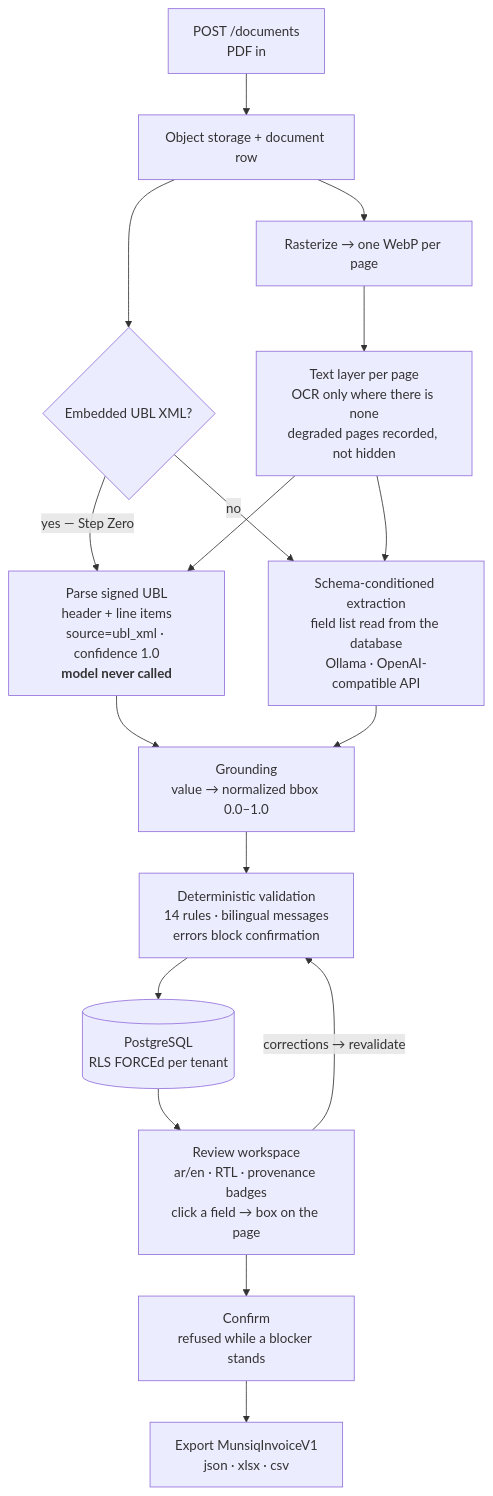
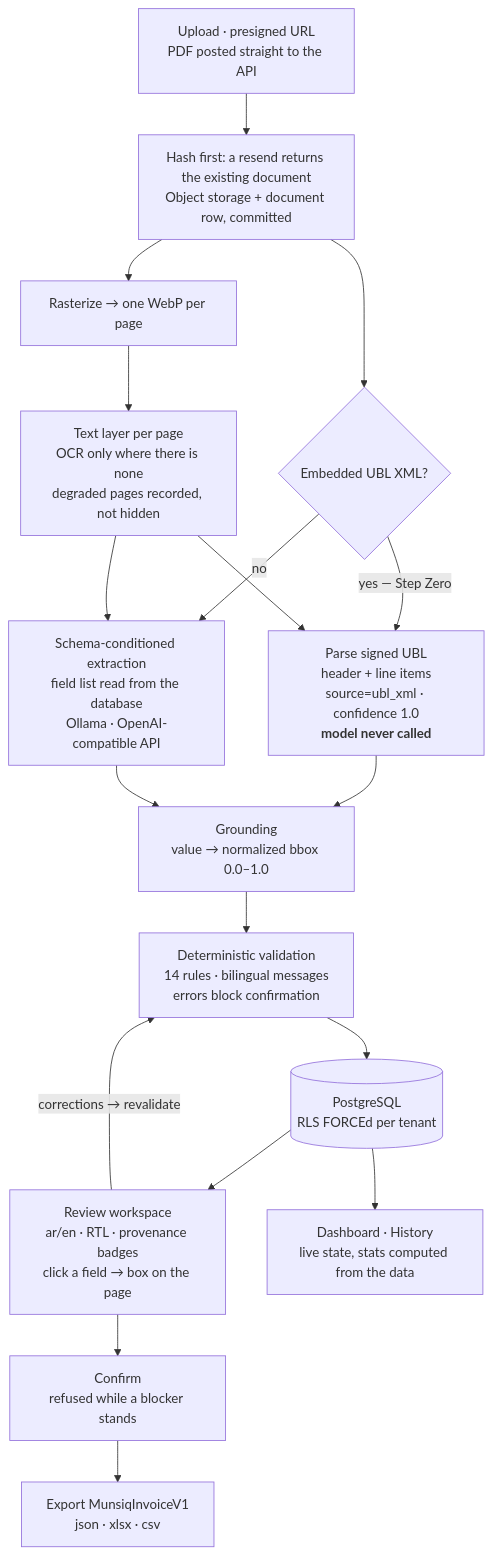
One commit to MuathDs/munsiq changed the diagram in README.md. Above: the diagram before and after it, drawn with Mermaid. The commit also changed other lines of this file, not shown here.

First line of the commit message:
docs(readme): the dashboard, the final suite number, and an audit of every figure

````diff
--- a/README.md
+++ b/README.md
@@ -36,19 +36,20 @@
 ```mermaid
 flowchart TD
-    A["POST /documents<br/>PDF in"] --> B["Object storage + document row"]
+    A["Upload · presigned URL<br/>PDF posted straight to the API"] --> B["Hash first: a resend returns the existing document<br/>Object storage + document row, committed"]
     B --> C{"Embedded UBL XML?"}
     C -->|"yes — Step Zero"| D["Parse signed UBL<br/>header + line items<br/>source=ubl_xml · confidence 1.0<br/><b>model never called</b>"]
     C -->|"no"| E["Schema-conditioned extraction<br/>field list read from the database<br/>Ollama · OpenAI-compatible API"]
     B --> F["Rasterize → one WebP per page"]
     F --> G["Text layer per page<br/>OCR only where there is none<br/>degraded pages recorded, not hidden"]
     G --> D
     G --> E
     D --> H["Grounding<br/>value → normalized bbox 0.0–1.0"]
     E --> H
     H --> I["Deterministic validation<br/>14 rules · bilingual messages<br/>errors block confirmation"]
     I --> J[("PostgreSQL<br/>RLS FORCEd per tenant")]
     J --> K["Review workspace<br/>ar/en · RTL · provenance badges<br/>click a field → box on the page"]
     K -->|"corrections → revalidate"| I
     K --> L["Confirm<br/>refused while a blocker stands"]
     L --> M["Export MunsiqInvoiceV1<br/>json · xlsx · csv"]
+    J --> N["Dashboard · History<br/>live state, stats computed from the data"]
 ```
````
